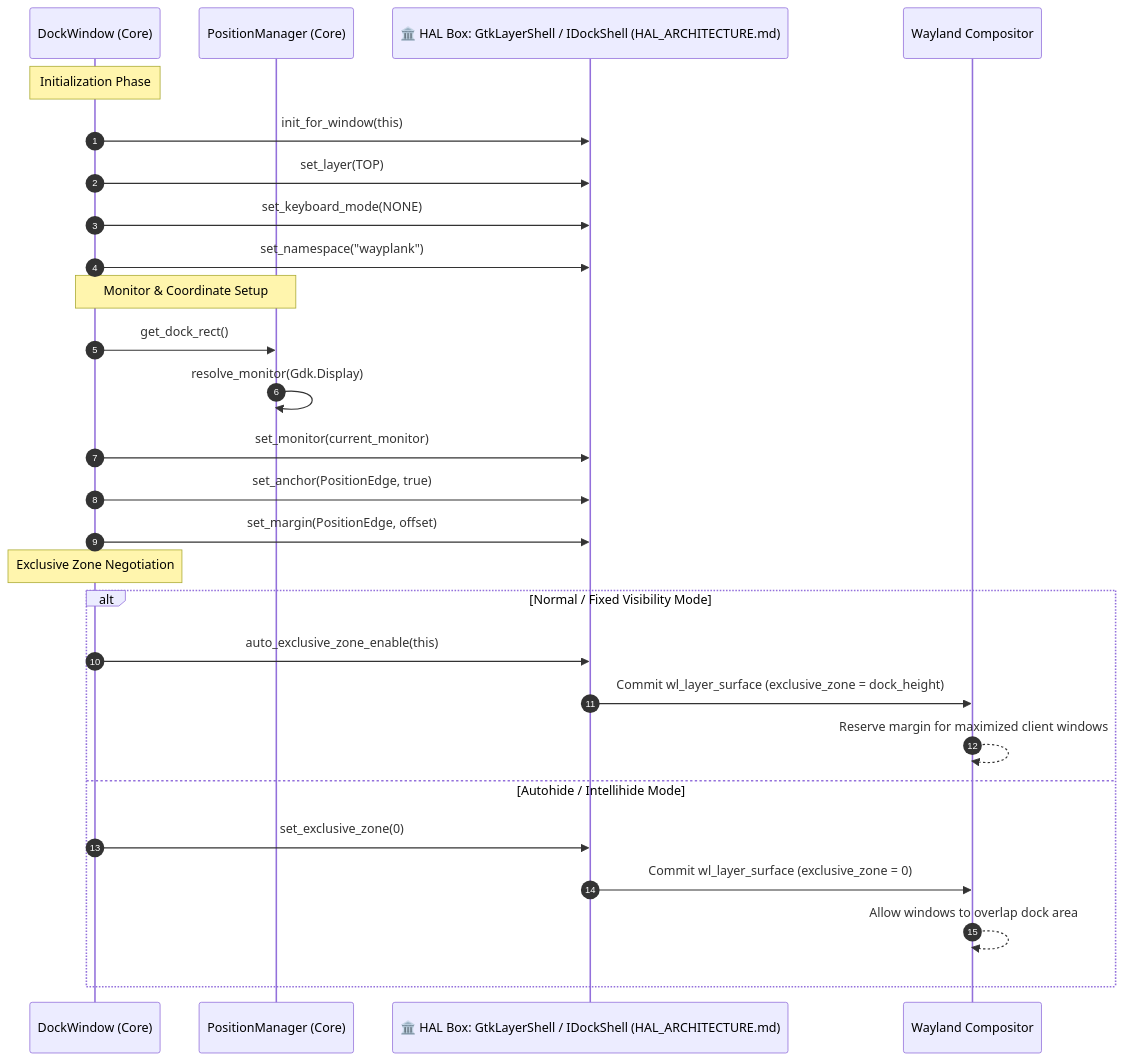
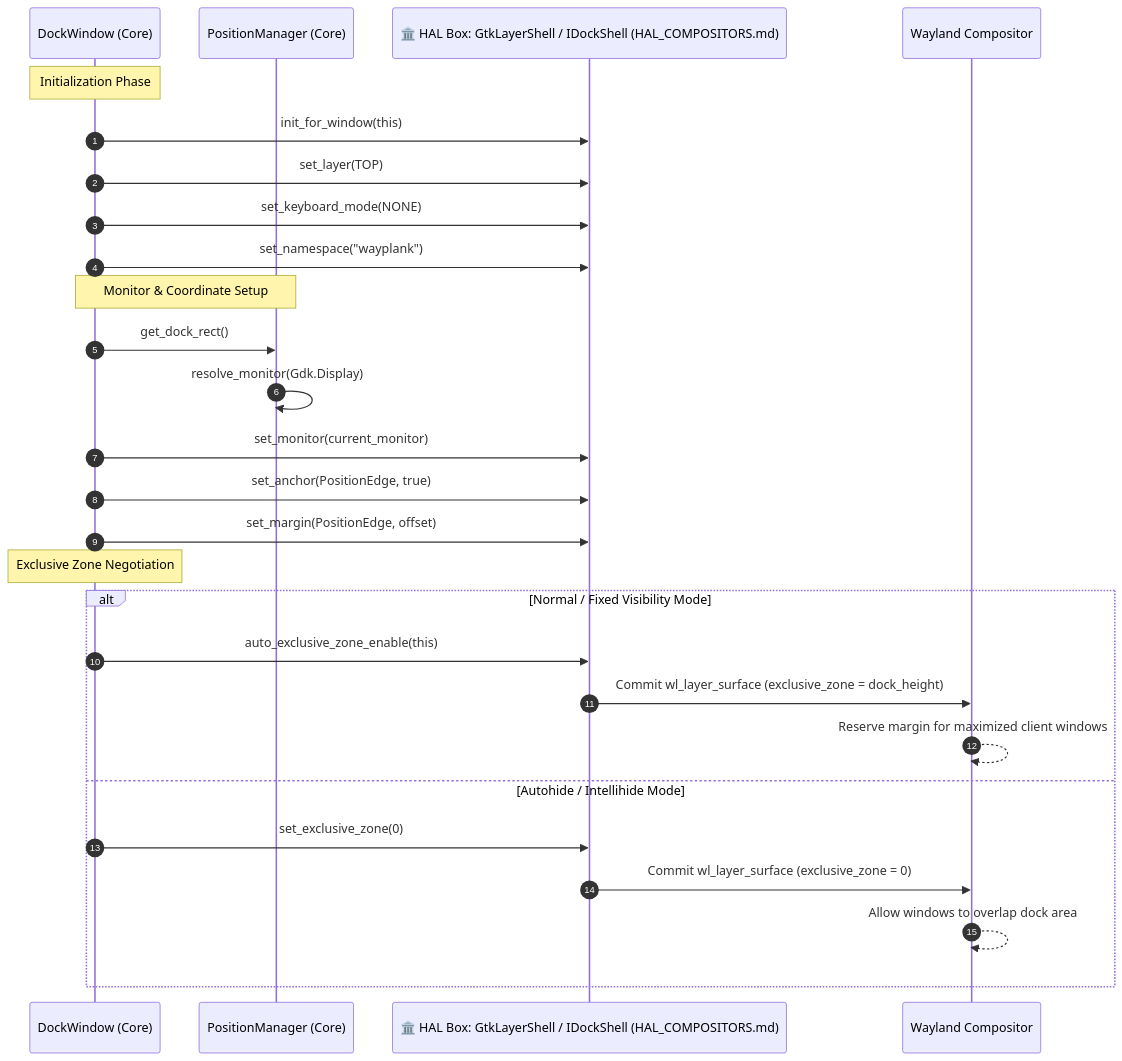
Before and after one commit to sergiomelas/WayPlank: the second of 3 diagrams in Documentation/wayplank_x11_to_wayland_report_en.md, drawn with Mermaid. The commit also changed other lines of this file and 76 other files, not shown here.

````diff
--- a/Documentation/wayplank_x11_to_wayland_report_en.md
+++ b/Documentation/wayplank_x11_to_wayland_report_en.md
@@ -99,32 +99,32 @@
 ```mermaid
 sequenceDiagram
     autonumber
     participant DW as DockWindow (Core)
     participant PM as PositionManager (Core)
-    participant LS as 🏛️ HAL Box: GtkLayerShell / IDockShell (HAL_ARCHITECTURE.md)
+    participant LS as 🏛️ HAL Box: GtkLayerShell / IDockShell (HAL_COMPOSITORS.md)
     participant Comp as Wayland Compositor
 
     Note over DW: Initialization Phase
     DW->>LS: init_for_window(this)
     DW->>LS: set_layer(TOP)
     DW->>LS: set_keyboard_mode(NONE)
     DW->>LS: set_namespace("wayplank")
 
     Note over DW,PM: Monitor & Coordinate Setup
     DW->>PM: get_dock_rect()
     PM->>PM: resolve_monitor(Gdk.Display)
     DW->>LS: set_monitor(current_monitor)
     DW->>LS: set_anchor(PositionEdge, true)
     DW->>LS: set_margin(PositionEdge, offset)
 
     Note over DW: Exclusive Zone Negotiation
     alt Normal / Fixed Visibility Mode
         DW->>LS: auto_exclusive_zone_enable(this)
         LS->>Comp: Commit wl_layer_surface (exclusive_zone = dock_height)
         Comp-->>Comp: Reserve margin for maximized client windows
     else Autohide / Intellihide Mode
         DW->>LS: set_exclusive_zone(0)
         LS->>Comp: Commit wl_layer_surface (exclusive_zone = 0)
         Comp-->>Comp: Allow windows to overlap dock area
     end
 ```
````
